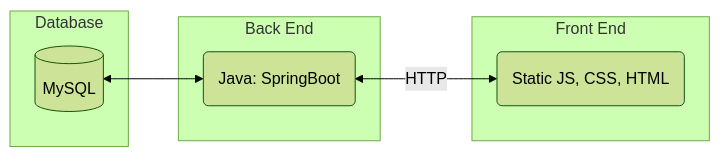
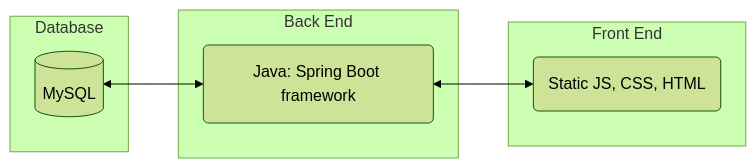
One commit to vincent-li-1/StockSync changed the first of 6 diagrams in requirements_specifications_template.md. Above: the diagram before and after it, drawn with Mermaid (forest theme). The commit also changed other lines of this file, not shown here.

````diff
--- a/requirements_specifications_template.md
+++ b/requirements_specifications_template.md
@@ -151,17 +97,17 @@
 ```mermaid
 flowchart RL
 subgraph Front End
 	A(Static JS, CSS, HTML)
 end
 	
 subgraph Back End
-	B(Java: SpringBoot)
+	B(Java: Spring Boot framework)
 end
 	
 subgraph Database
 	C[(MySQL)]
 end
 
-A <-->|HTTP| B
-B <--> C
+A <-->B
+B <-->C
 ```
````
